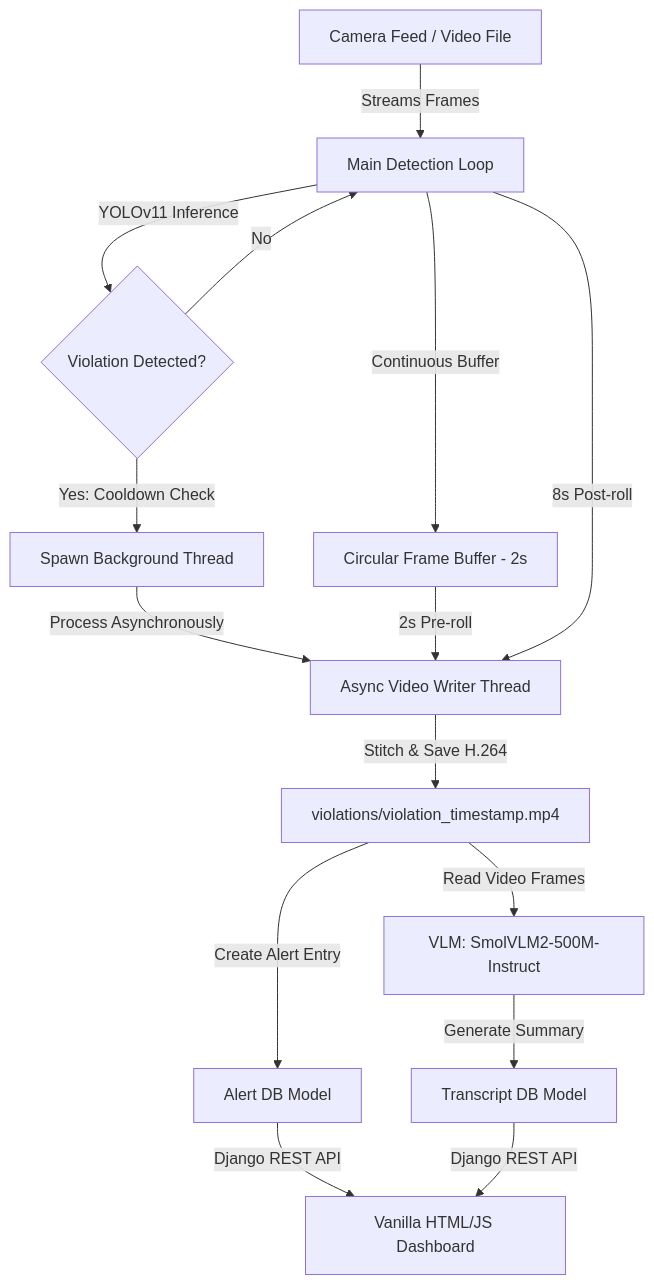
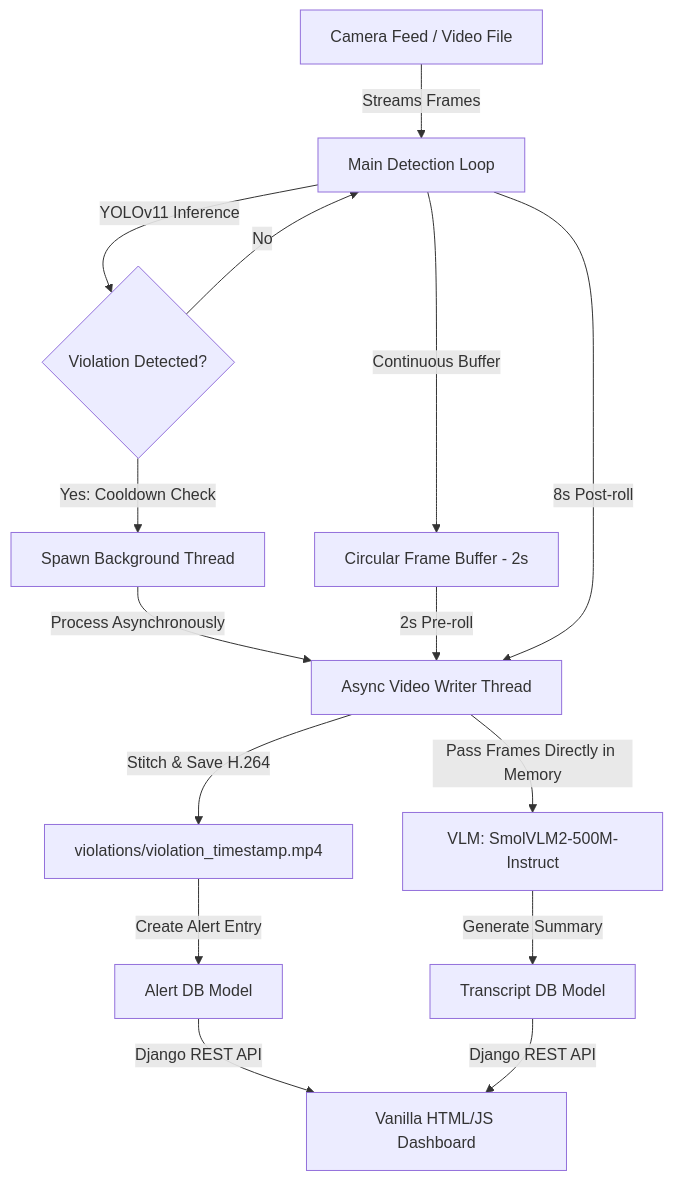
Before and after one commit to RananJ/SurveillanceAi: the diagram in README.md, drawn with Mermaid. The commit also changed 2 other files, not shown here.

Commit message:
reduced frames to 8 for faster processing,improved quality of transcripts,fixxed openh264 lib mismatch,fixed double loading of model

````diff
--- a/README.md
+++ b/README.md
@@ -19,21 +19,20 @@
 ```mermaid
 flowchart TD
     VideoSource[Camera Feed / Video File] -->|Streams Frames| MainLoop[Main Detection Loop]
     MainLoop -->|Continuous Buffer| FrameBuffer[Circular Frame Buffer - 2s]
     MainLoop -->|YOLOv11 Inference| ViolationCheck{Violation Detected?}
     
     ViolationCheck -->|No| MainLoop
     ViolationCheck -->|Yes: Cooldown Check| ThreadTrigger[Spawn Background Thread]
     
     ThreadTrigger -->|Process Asynchronously| AsyncWorker[Async Video Writer Thread]
     FrameBuffer -->|2s Pre-roll| AsyncWorker
     MainLoop -->|8s Post-roll| AsyncWorker
     
     AsyncWorker -->|Stitch & Save H.264| VideoFile["violations/violation_timestamp.mp4"]
-    
-    VideoFile -->|Read Video Frames| VLM["VLM: SmolVLM2-500M-Instruct"]
+    AsyncWorker -->|Pass Frames Directly in Memory| VLM["VLM: SmolVLM2-500M-Instruct"]
     VLM -->|Generate Summary| TranscriptModel[Transcript DB Model]
     VideoFile -->|Create Alert Entry| AlertModel[Alert DB Model]
     
     AlertModel & TranscriptModel -->|Django REST API| WebDashboard[Vanilla HTML/JS Dashboard]
 ```
````
